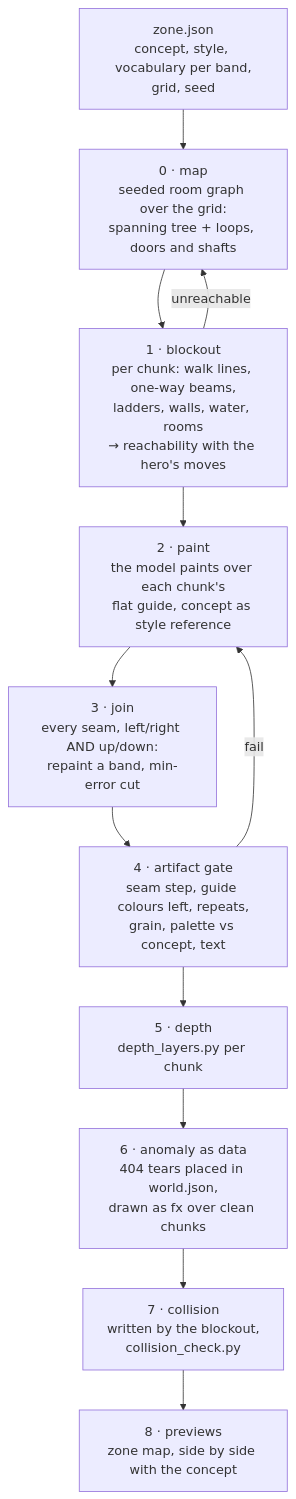
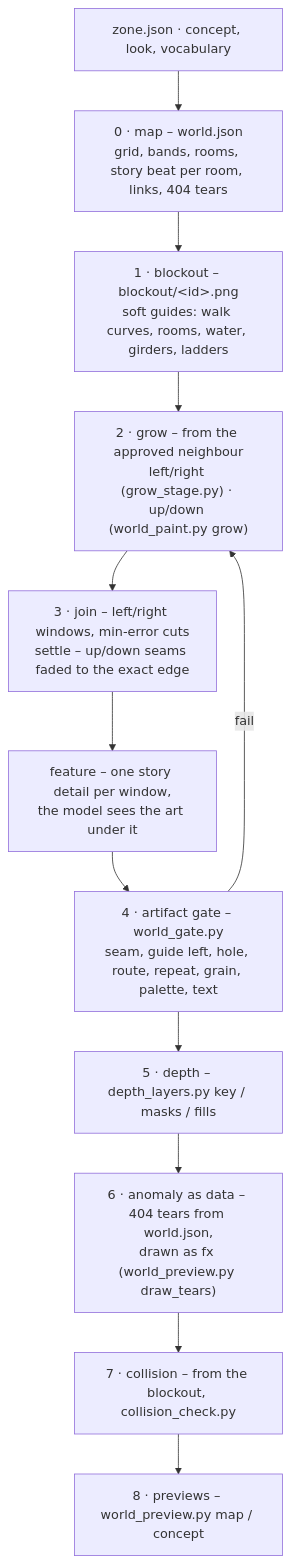
The first of 9 diagrams in docs/09-ART-PIPELINE.md (THD-AI/WinCS), drawn with Mermaid before and after one commit. The commit also changed other lines of this file and 17 other files, not shown here.

Commit message:
art: the Hidden Garden zone proof – the prologue row and the wrong reflection grown under it; World pipeline in docs/09

````diff
--- a/docs/09-ART-PIPELINE.md
+++ b/docs/09-ART-PIPELINE.md
@@ -36,14 +36,14 @@
 ```mermaid
 flowchart TD
-  Z["zone.json<br/>concept, style, vocabulary per band,<br/>grid, seed"] --> M["0 · map<br/>seeded room graph over the grid:<br/>spanning tree + loops, doors and shafts"]
-  M --> B["1 · blockout<br/>per chunk: walk lines, one-way beams,<br/>ladders, walls, water, rooms<br/>→ reachability with the hero's moves"]
-  B -->|unreachable| M
-  B --> P["2 · paint<br/>the model paints over each chunk's<br/>flat guide, concept as style reference"]
-  P --> J["3 · join<br/>every seam, left/right AND up/down:<br/>repaint a band, min-error cut"]
-  J --> G["4 · artifact gate<br/>seam step, guide colours left, repeats,<br/>grain, palette vs concept, text"]
-  G -->|fail| P
-  G --> D["5 · depth<br/>depth_layers.py per chunk"]
-  D --> A["6 · anomaly as data<br/>404 tears placed in world.json,<br/>drawn as fx over clean chunks"]
-  A --> C["7 · collision<br/>written by the blockout,<br/>collision_check.py"]
-  C --> V["8 · previews<br/>zone map, side by side with the concept"]
+  Z["zone.json · concept, look, vocabulary"] --> M["0 · map – world.json<br/>grid, bands, rooms, story beat per room, links, 404 tears"]
+  M --> B["1 · blockout – blockout/&lt;id&gt;.png<br/>soft guides: walk curves, rooms, water, girders, ladders"]
+  B --> G["2 · grow – from the approved neighbour<br/>left/right (grow_stage.py) · up/down (world_paint.py grow)"]
+  G --> J["3 · join – left/right windows, min-error cuts<br/>settle – up/down seams faded to the exact edge"]
+  J --> F["feature – one story detail per window,<br/>the model sees the art under it"]
+  F --> A["4 · artifact gate – world_gate.py<br/>seam, guide left, hole, route, repeat, grain, palette, text"]
+  A -->|fail| G
+  A --> D["5 · depth – depth_layers.py key / masks / fills"]
+  D --> X["6 · anomaly as data – 404 tears from world.json,<br/>drawn as fx (world_preview.py draw_tears)"]
+  X --> C["7 · collision – from the blockout, collision_check.py"]
+  C --> V["8 · previews – world_preview.py map / concept"]
 ```
````
